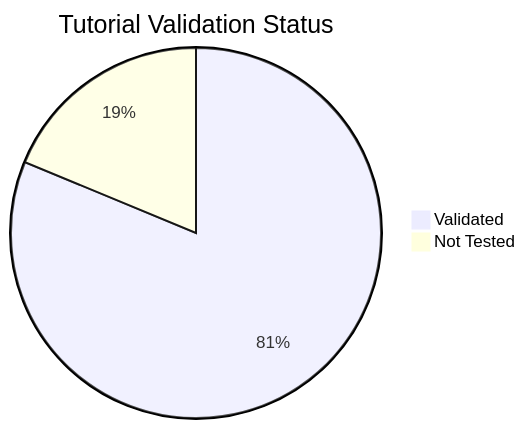
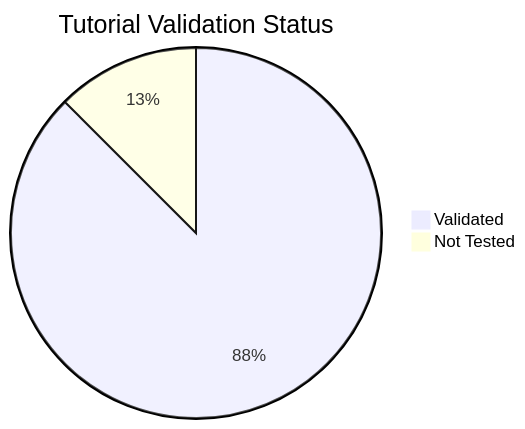
Before and after one commit to yeongseon/azure-functions-practical-guide: the diagram in docs/reference/validation-status.md, drawn with Mermaid. The commit also changed other lines of this file and 7 other files, not shown here.

````diff
--- a/docs/reference/validation-status.md
+++ b/docs/reference/validation-status.md
@@ -17,5 +17,5 @@
 ```mermaid
 pie title Tutorial Validation Status
-    "Validated" : 91
-    "Not Tested" : 21
+    "Validated" : 98
+    "Not Tested" : 14
 ```
````
